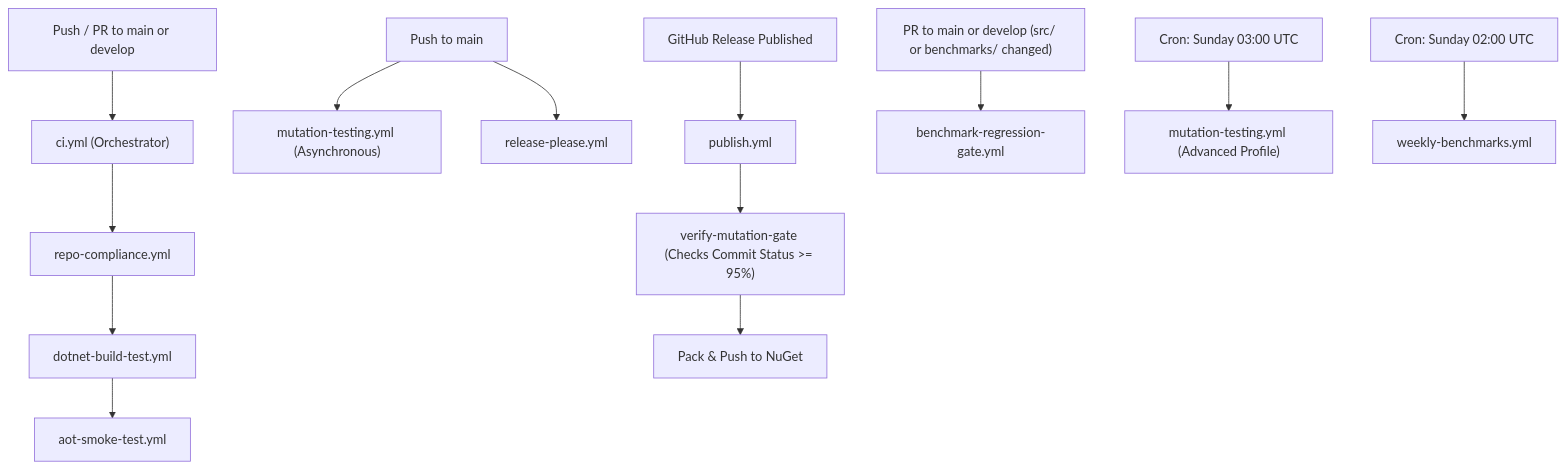
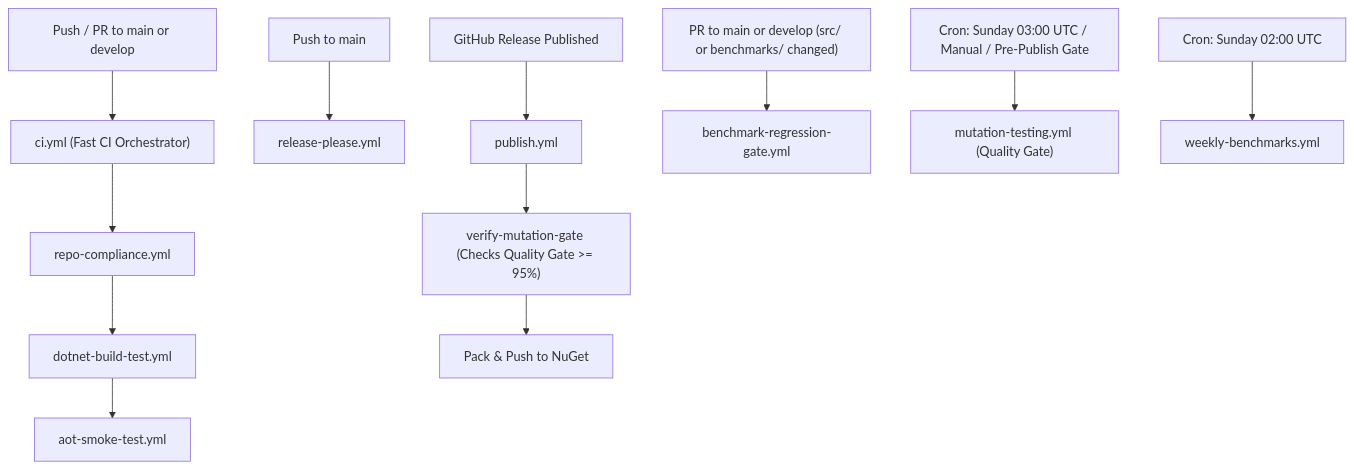
Before and after one commit to ericksonlopezf/dotnet-concurrency: the diagram in docs/ci-cd.md, drawn with Mermaid. The commit also changed other lines of this file and 3 other files, not shown here.

Commit message:
ci: decouple mutation testing from push into a dedicated quality gate

````diff
--- a/docs/ci-cd.md
+++ b/docs/ci-cd.md
@@ -9,19 +9,18 @@
 ```mermaid
 flowchart TD
-    Push["Push / PR to main or develop"] --> CI["ci.yml (Orchestrator)"]
+    Push["Push / PR to main or develop"] --> CI["ci.yml (Fast CI Orchestrator)"]
     CI --> Compliance["repo-compliance.yml"]
     Compliance --> BuildTest["dotnet-build-test.yml"]
     BuildTest --> AotSmoke["aot-smoke-test.yml"]
 
-    MainPush["Push to main"] --> AsyncMutation["mutation-testing.yml (Asynchronous)"]
-    MainPush --> ReleasePlease["release-please.yml"]
+    MainPush["Push to main"] --> ReleasePlease["release-please.yml"]
 
     Tag["GitHub Release Published"] --> Publish["publish.yml"]
-    Publish --> VerifyGate["verify-mutation-gate (Checks Commit Status >= 95%)"]
+    Publish --> VerifyGate["verify-mutation-gate (Checks Quality Gate >= 95%)"]
     VerifyGate --> PackPush["Pack & Push to NuGet"]
 
     PR["PR to main or develop (src/ or benchmarks/ changed)"] --> BenchmarkGate["benchmark-regression-gate.yml"]
 
-    Schedule_Sun_3am["Cron: Sunday 03:00 UTC"] --> MutationTest["mutation-testing.yml (Advanced Profile)"]
+    Schedule_Sun_3am["Cron: Sunday 03:00 UTC / Manual / Pre-Publish Gate"] --> MutationGate["mutation-testing.yml (Quality Gate)"]
     Schedule_Sun_2am["Cron: Sunday 02:00 UTC"] --> WeeklyBenchmarks["weekly-benchmarks.yml"]
 ```
````
